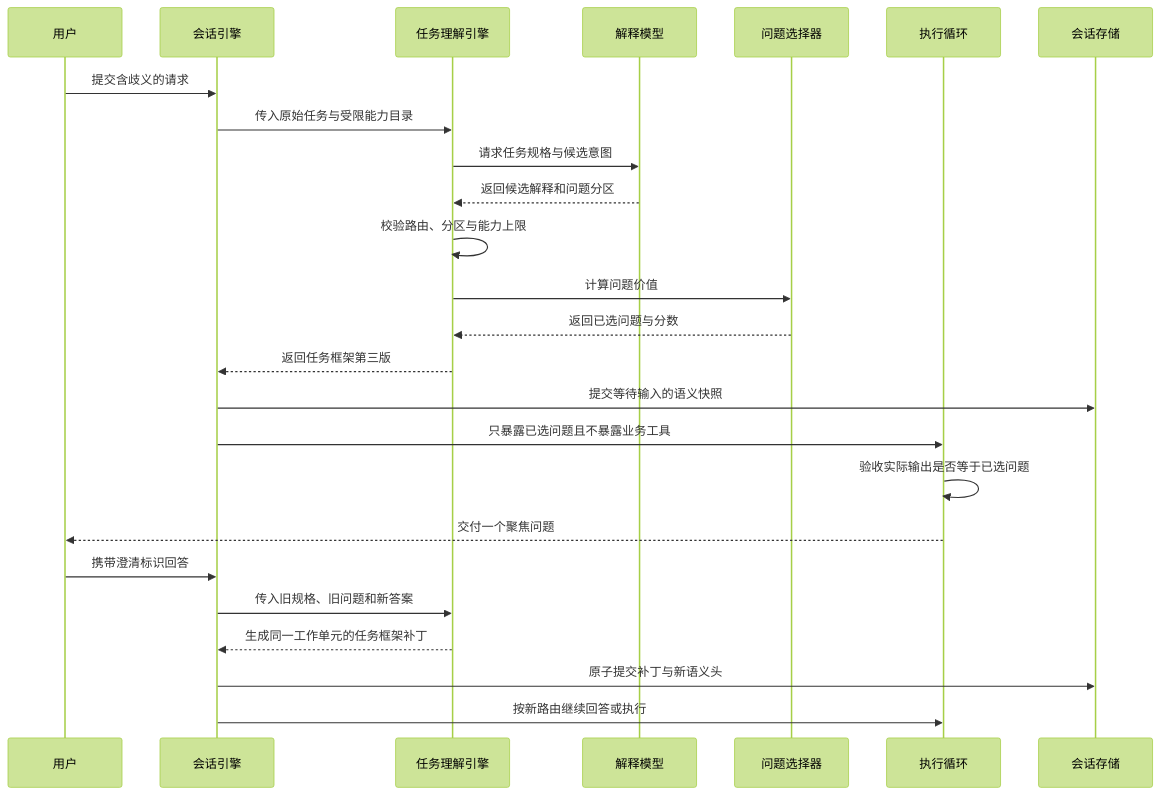
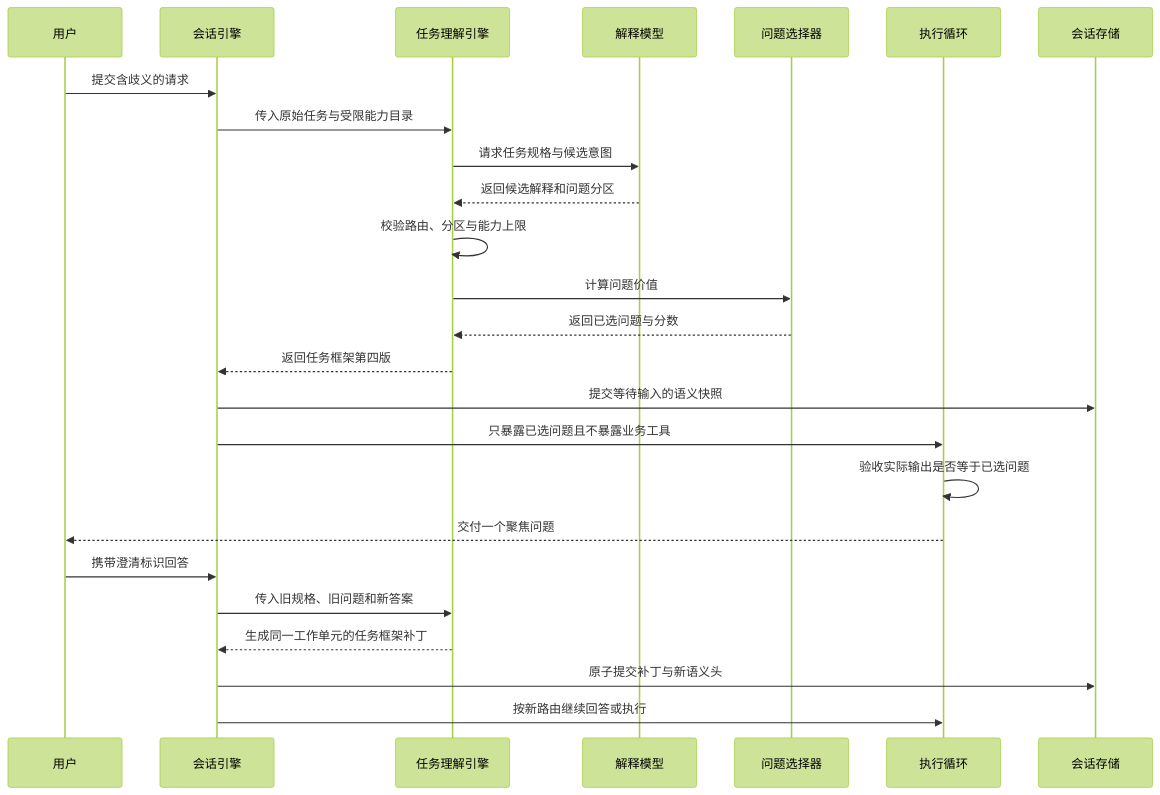
Before and after one commit to frustrated-frog/weavria: the diagram in docs/意图不确定性与主动澄清.md, drawn with Mermaid (forest theme). The commit also changed other lines of this file and 14 other files, not shown here.

Commit message:
feat(harness): 持久化意图信念并确定性更新澄清回答

````diff
--- a/docs/意图不确定性与主动澄清.md
+++ b/docs/意图不确定性与主动澄清.md
@@ -33,28 +38,28 @@
 ```mermaid
 sequenceDiagram
     participant User as 用户
     participant Session as 会话引擎
     participant Understand as 任务理解引擎
     participant Model as 解释模型
     participant Selector as 问题选择器
     participant Runtime as 执行循环
     participant Store as 会话存储
 
     User->>Session: 提交含歧义的请求
     Session->>Understand: 传入原始任务与受限能力目录
     Understand->>Model: 请求任务规格与候选意图
     Model-->>Understand: 返回候选解释和问题分区
     Understand->>Understand: 校验路由、分区与能力上限
     Understand->>Selector: 计算问题价值
     Selector-->>Understand: 返回已选问题与分数
-    Understand-->>Session: 返回任务框架第三版
+    Understand-->>Session: 返回任务框架第四版
     Session->>Store: 提交等待输入的语义快照
     Session->>Runtime: 只暴露已选问题且不暴露业务工具
     Runtime->>Runtime: 验收实际输出是否等于已选问题
     Runtime-->>User: 交付一个聚焦问题
     User->>Session: 携带澄清标识回答
     Session->>Understand: 传入旧规格、旧问题和新答案
     Understand-->>Session: 生成同一工作单元的任务框架补丁
     Session->>Store: 原子提交补丁与新语义头
     Session->>Runtime: 按新路由继续回答或执行
 ```
````
